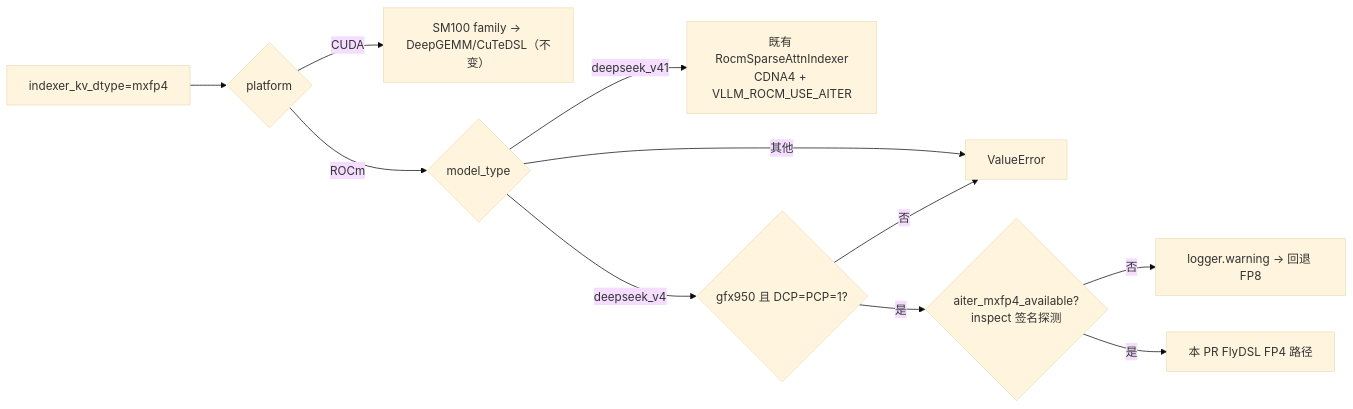
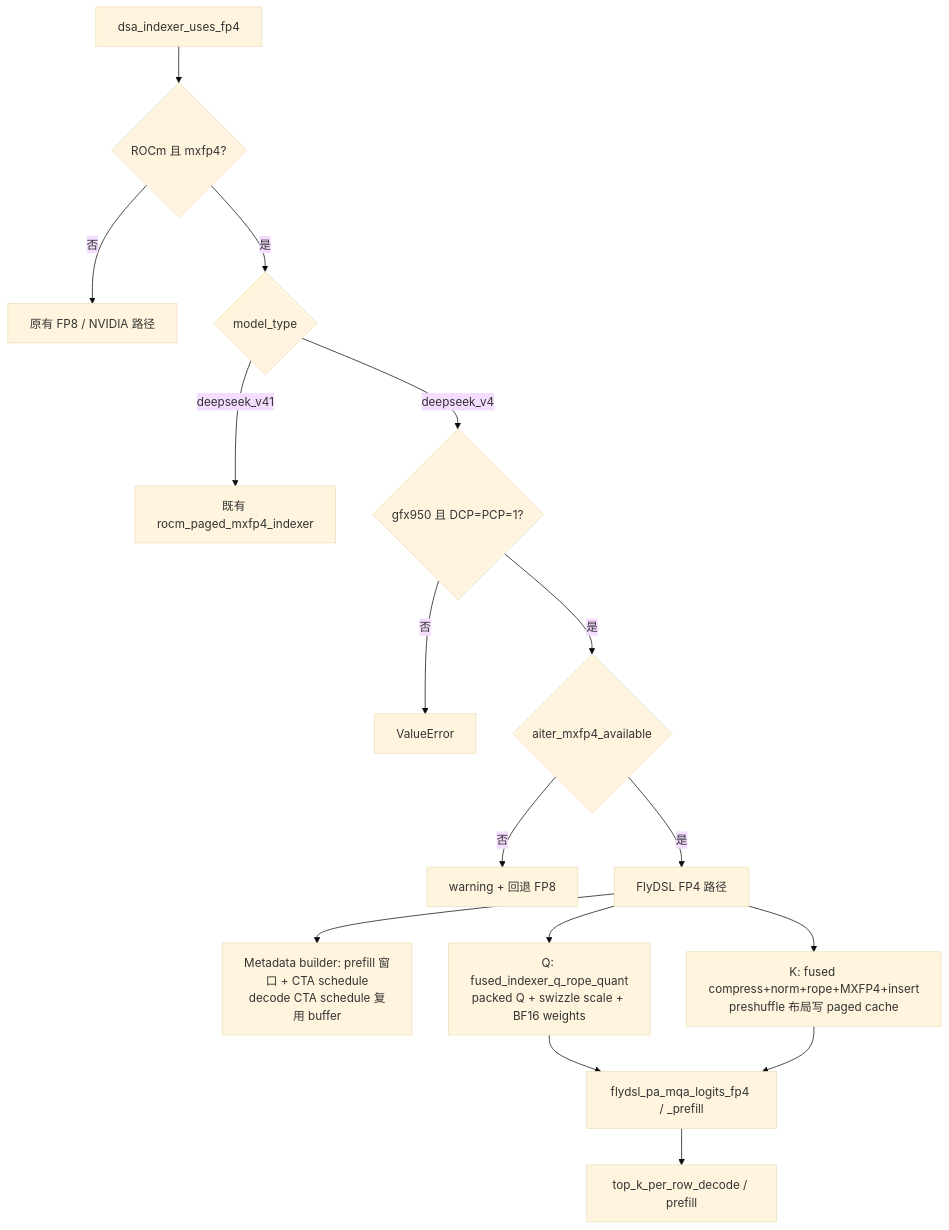
The first of 2 diagrams in skills/vllm-rocm-pr-review/outputs/pr-56834-review.md (shen-shanshan/vllm-dev-skills), drawn with Mermaid (base theme) before and after one commit. The commit also changed other lines of this file and 4 other files, not shown here.

````diff
--- a/skills/vllm-rocm-pr-review/outputs/pr-56834-review.md
+++ b/skills/vllm-rocm-pr-review/outputs/pr-56834-review.md
@@ -69,13 +49,18 @@
 ```mermaid
-flowchart LR
-    R[indexer_kv_dtype=mxfp4] --> P{platform}
-    P -- CUDA --> C[SM100 family → DeepGEMM/CuTeDSL（不变）]
-    P -- ROCm --> M{model_type}
-    M -- deepseek_v41 --> V41[既有 RocmSparseAttnIndexer<br/>CDNA4 + VLLM_ROCM_USE_AITER]
-    M -- deepseek_v4 --> G{gfx950 且 DCP=PCP=1?}
-    G -- 否 --> E[ValueError]
-    G -- 是 --> AB{aiter_mxfp4_available?<br/>inspect 签名探测}
-    AB -- 否 --> FB[logger.warning → 回退 FP8]
-    AB -- 是 --> NEW[本 PR FlyDSL FP4 路径]
-    M -- 其他 --> E
+flowchart TD
+    A[dsa_indexer_uses_fp4] --> B{ROCm 且 mxfp4?}
+    B -- 否 --> Z[原有 FP8 / NVIDIA 路径]
+    B -- 是 --> C{model_type}
+    C -- deepseek_v41 --> V41[既有 rocm_paged_mxfp4_indexer]
+    C -- deepseek_v4 --> D{gfx950 且 DCP=PCP=1?}
+    D -- 否 --> E[ValueError]
+    D -- 是 --> F{aiter_mxfp4_available}
+    F -- 否 --> G[warning + 回退 FP8]
+    F -- 是 --> H[FlyDSL FP4 路径]
+    H --> I[Metadata builder: prefill 窗口 + CTA schedule<br/>decode CTA schedule 复用 buffer]
+    H --> J[Q: fused_indexer_q_rope_quant<br/>packed Q + swizzle scale + BF16 weights]
+    H --> K[K: fused compress+norm+rope+MXFP4+insert<br/>preshuffle 布局写 paged cache]
+    J --> L[flydsl_pa_mqa_logits_fp4 / _prefill]
+    K --> L
+    L --> M[top_k_per_row_decode / prefill]
 ```
````
